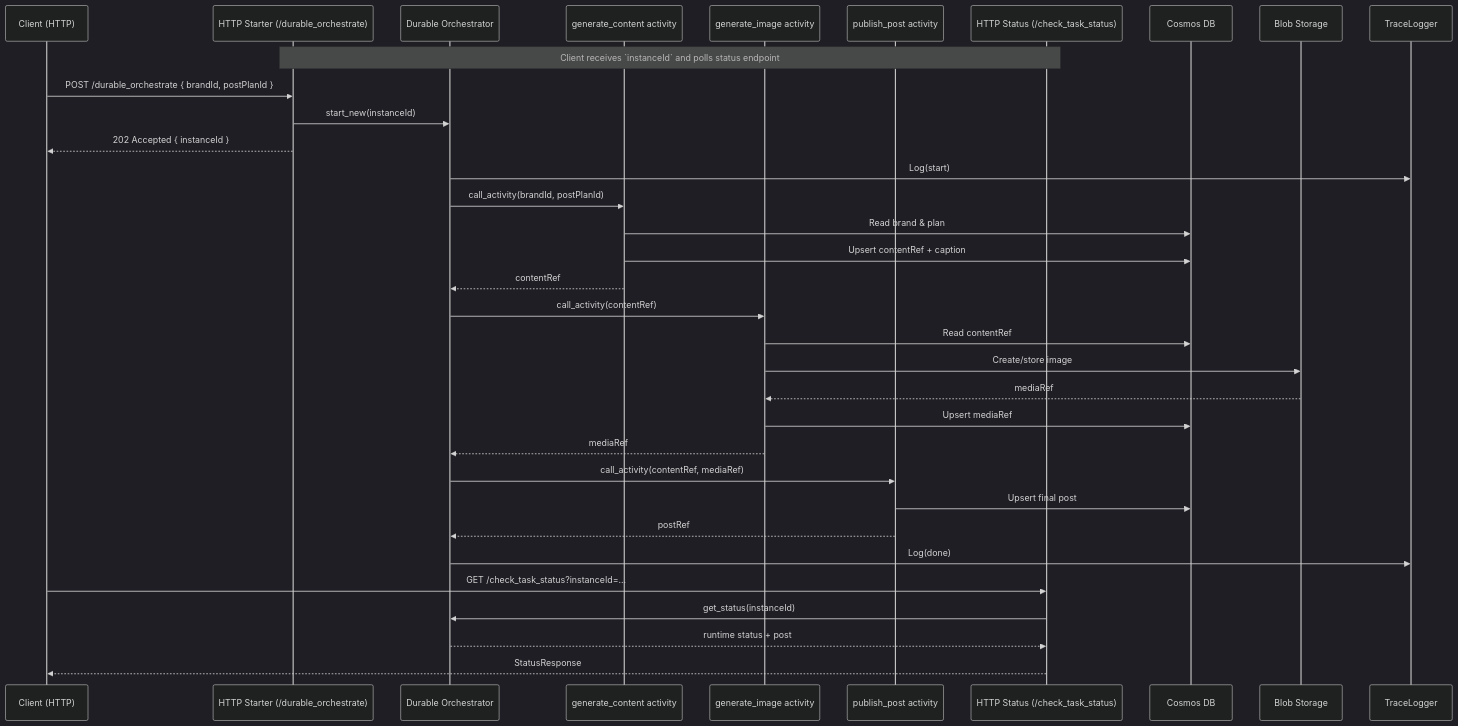
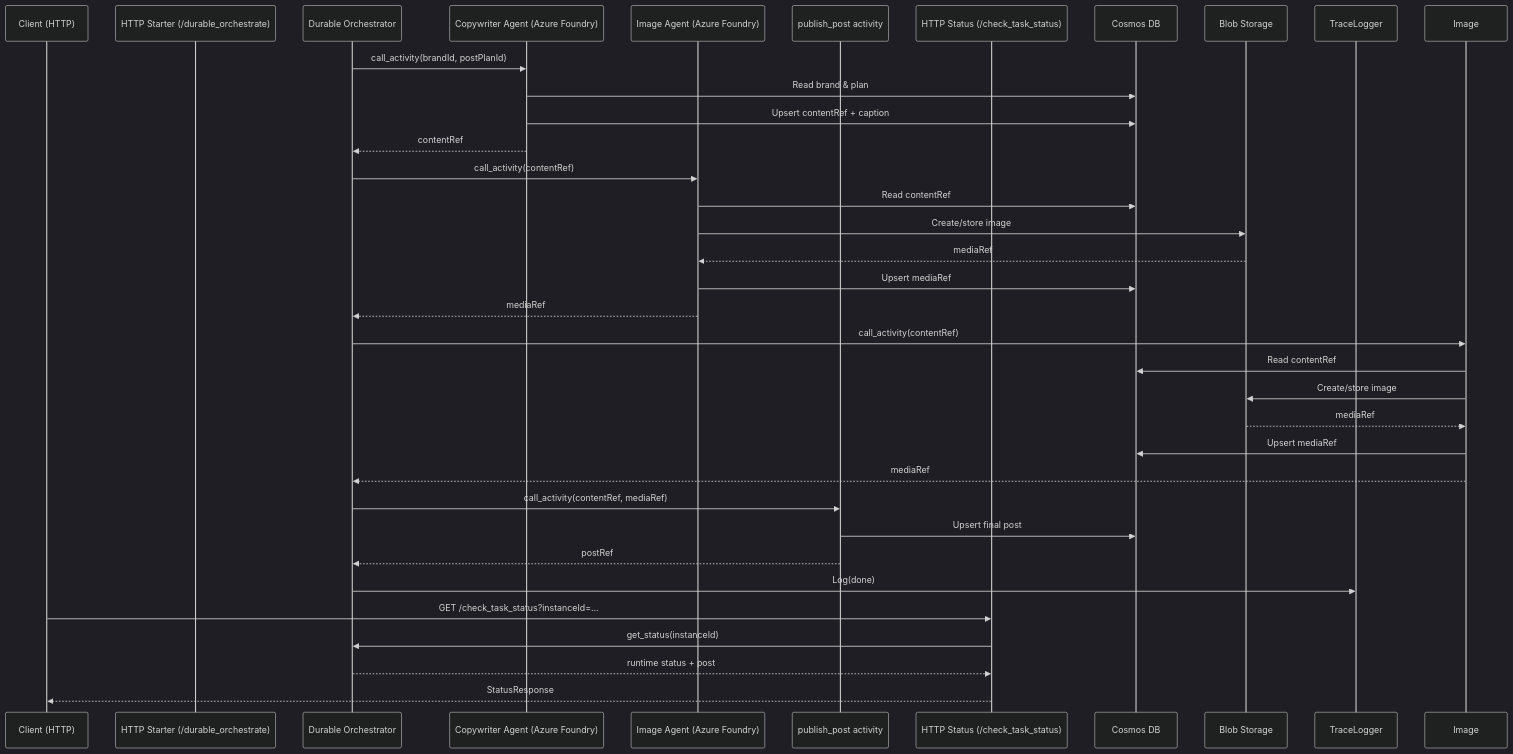
One commit to 1084-Ventures/autogensocial-agent changed the diagram in diagrams/autogensocial_http_sequence.mmd. Above: the diagram before and after it, drawn with Mermaid (dark theme). The commit also changed 2 other files, not shown here.

Commit message:
Use Azure Foundry agents for content and image generation

```diff
--- a/diagrams/autogensocial_http_sequence.mmd
+++ b/diagrams/autogensocial_http_sequence.mmd
@@ -1,44 +1,44 @@
 ---
 id: 16629962-bb60-4718-ad83-7da6c0705c9e
 ---
 
 sequenceDiagram
     participant Client as Client (HTTP)
     participant Starter as HTTP Starter (/durable_orchestrate)
     participant Orchestrator as Durable Orchestrator
-    participant Content as generate_content activity
-    participant Image as generate_image activity
+    participant Copywriter as Copywriter Agent (Azure Foundry)
+    participant ImageAgent as Image Agent (Azure Foundry)
     participant Publish as publish_post activity
     participant Status as HTTP Status (/check_task_status)
     participant Cosmos as Cosmos DB
     participant Blob as Blob Storage
     participant Trace as TraceLogger
 
-    Note over Starter,Status: Client receives `instanceId` and polls status endpoint
+    Orchestrator->>Copywriter: call_activity(brandId, postPlanId)
+    Copywriter->>Cosmos: Read brand & plan
+    Copywriter->>Cosmos: Upsert contentRef + caption
+    Copywriter-->>Orchestrator: contentRef
 
-    Client->>Starter: POST /durable_orchestrate { brandId, postPlanId }
-    Starter->>Orchestrator: start_new(instanceId)
-    Starter-->>Client: 202 Accepted { instanceId }
-
-    Orchestrator->>Trace: Log(start)
-    Orchestrator->>Content: call_activity(brandId, postPlanId)
-    Content->>Cosmos: Read brand & plan
-    Content->>Cosmos: Upsert contentRef + caption
-    Content-->>Orchestrator: contentRef
+    Orchestrator->>ImageAgent: call_activity(contentRef)
+    ImageAgent->>Cosmos: Read contentRef
+    ImageAgent->>Blob: Create/store image
+    Blob-->>ImageAgent: mediaRef
+    ImageAgent->>Cosmos: Upsert mediaRef
+    ImageAgent-->>Orchestrator: mediaRef
 
     Orchestrator->>Image: call_activity(contentRef)
     Image->>Cosmos: Read contentRef
     Image->>Blob: Create/store image
     Blob-->>Image: mediaRef
     Image->>Cosmos: Upsert mediaRef
     Image-->>Orchestrator: mediaRef
 
     Orchestrator->>Publish: call_activity(contentRef, mediaRef)
     Publish->>Cosmos: Upsert final post
     Publish-->>Orchestrator: postRef
     Orchestrator->>Trace: Log(done)
 
     Client->>Status: GET /check_task_status?instanceId=...
     Status->>Orchestrator: get_status(instanceId)
     Orchestrator-->>Status: runtime status + post
     Status-->>Client: StatusResponse
```
